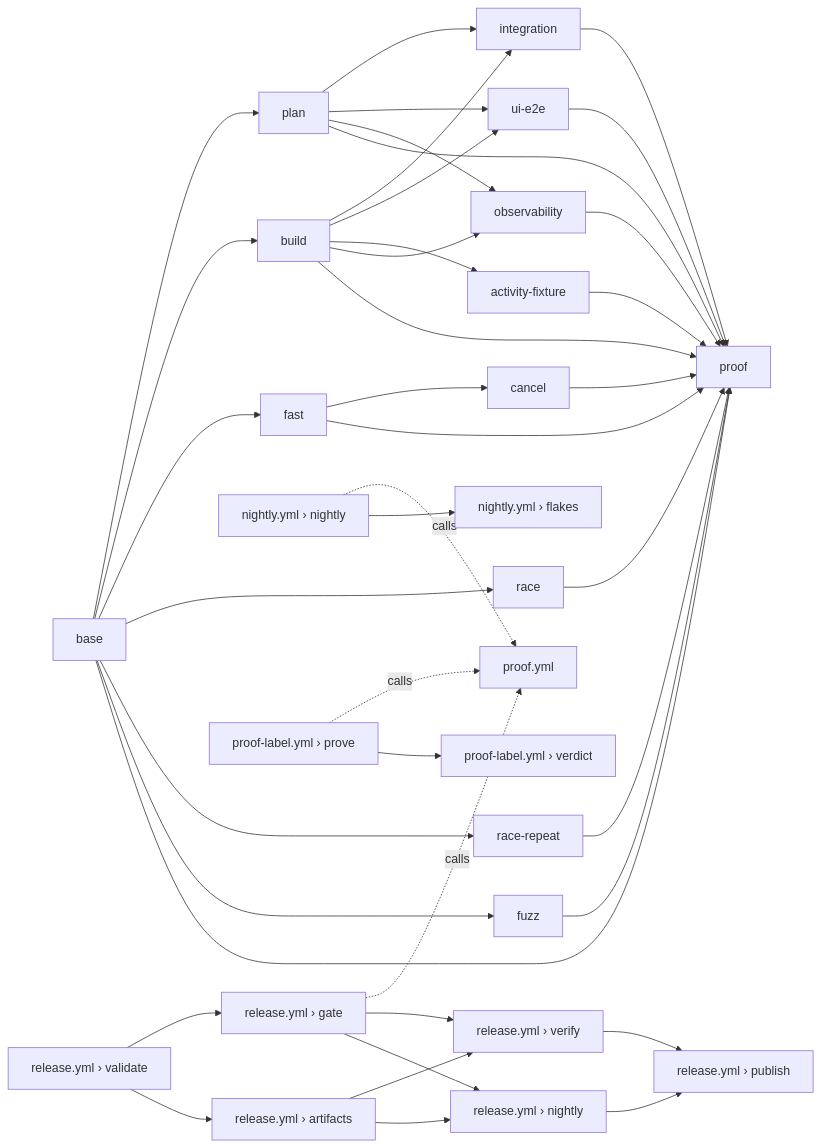
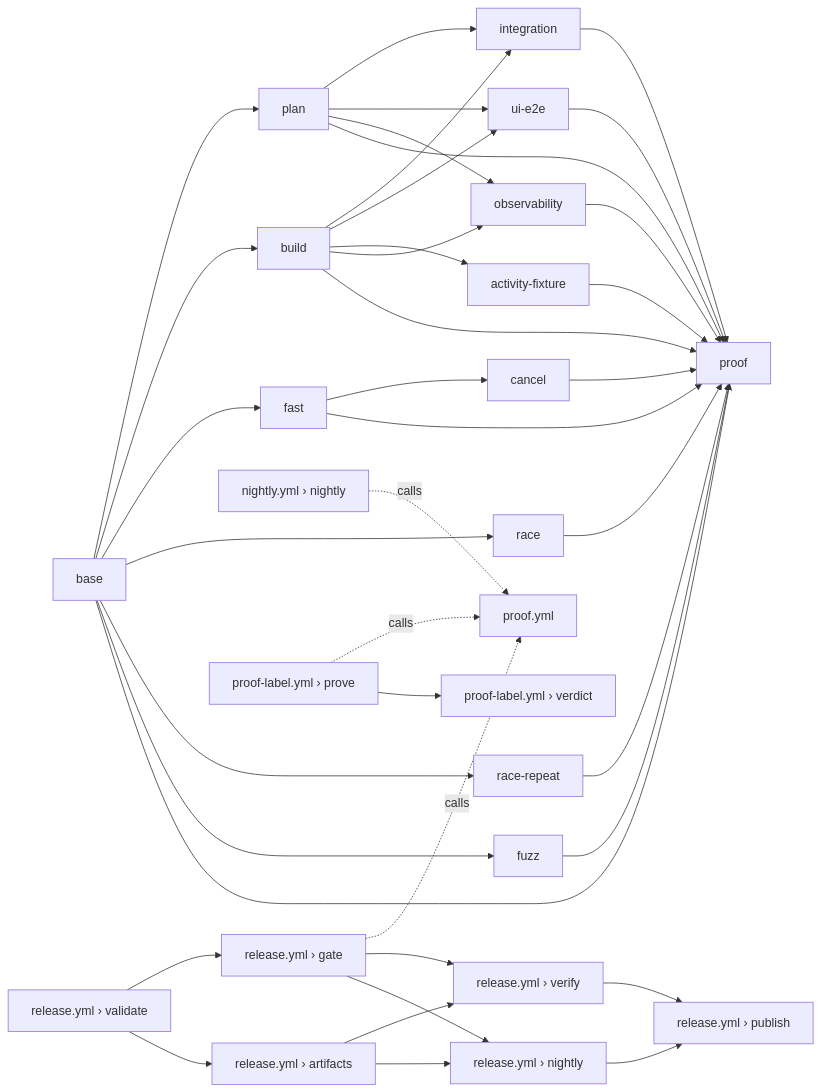
One commit to orkstack/orkstack changed the diagram in docs/PROOFS.md. Above: the diagram before and after it, drawn with Mermaid. The commit also changed other lines of this file and 1508 other files, not shown here.

````diff
--- a/docs/PROOFS.md
+++ b/docs/PROOFS.md
@@ -623,16 +515,15 @@
 ```mermaid
 flowchart LR
   base --> plan & build & fast & race & race_repeat["race-repeat"] & fuzz
   fast --> cancel
   plan --> integration & ui_e2e["ui-e2e"] & observability
   build --> integration & ui_e2e & activity_fixture["activity-fixture"] & observability
   base & plan & build & fast & cancel & race & race_repeat & fuzz & integration & ui_e2e & activity_fixture & observability --> proof
   nightly["nightly.yml › nightly"] -. calls .-> callee["proof.yml"]
   gate["release.yml › gate"] -. calls .-> callee
   prove["proof-label.yml › prove"] -. calls .-> callee
   prove --> label_verdict["proof-label.yml › verdict"]
   validate["release.yml › validate"] --> gate --> verify["release.yml › verify"]
   validate --> artifacts["release.yml › artifacts"] --> verify --> publish["release.yml › publish"]
   gate & artifacts --> release_nightly["release.yml › nightly"] --> publish
-  nightly --> flakes["nightly.yml › flakes"]
 ```
````
